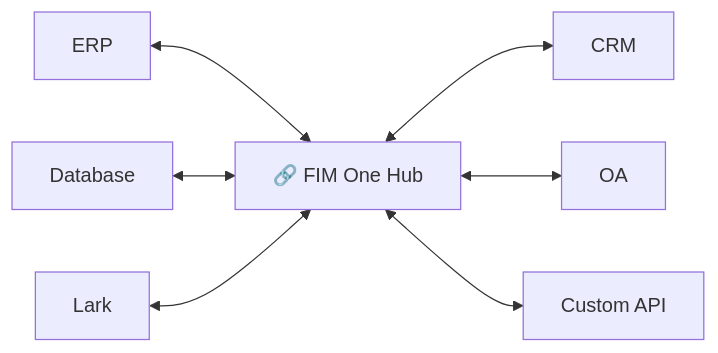
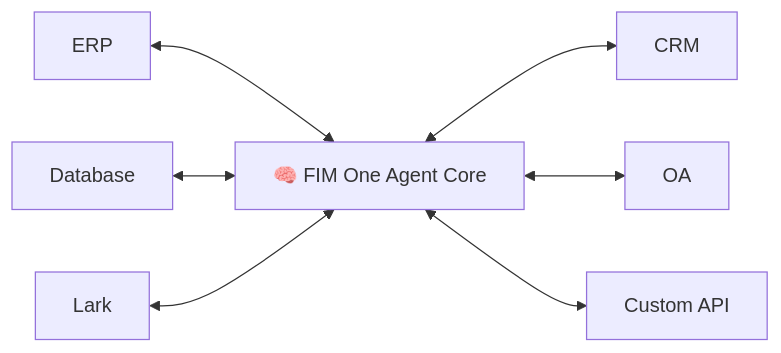
The first of 2 diagrams in README.de.md (fim-ai/fim-agent), drawn with Mermaid before and after one commit. The commit also changed other lines of this file and 44 other files, not shown here.

````diff
--- a/README.de.md
+++ b/README.de.md
@@ -36,9 +36,9 @@
 ```mermaid
 graph LR
-    ERP <--> Hub["🔗 FIM One Hub"]
+    ERP <--> Hub["🧠 FIM One Agent Core"]
     Database <--> Hub
     Lark <--> Hub
     Hub <--> CRM
     Hub <--> OA
     Hub <--> API[Custom API]
 ```
````
